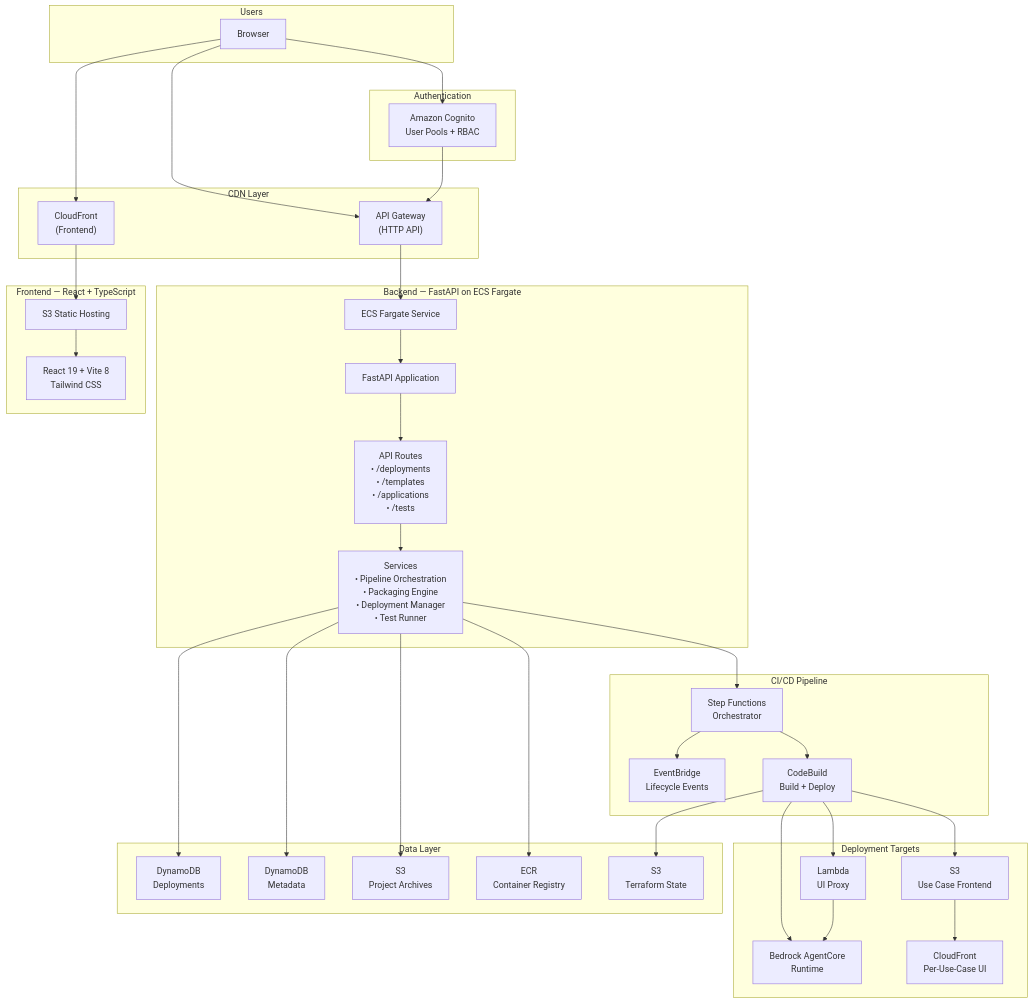
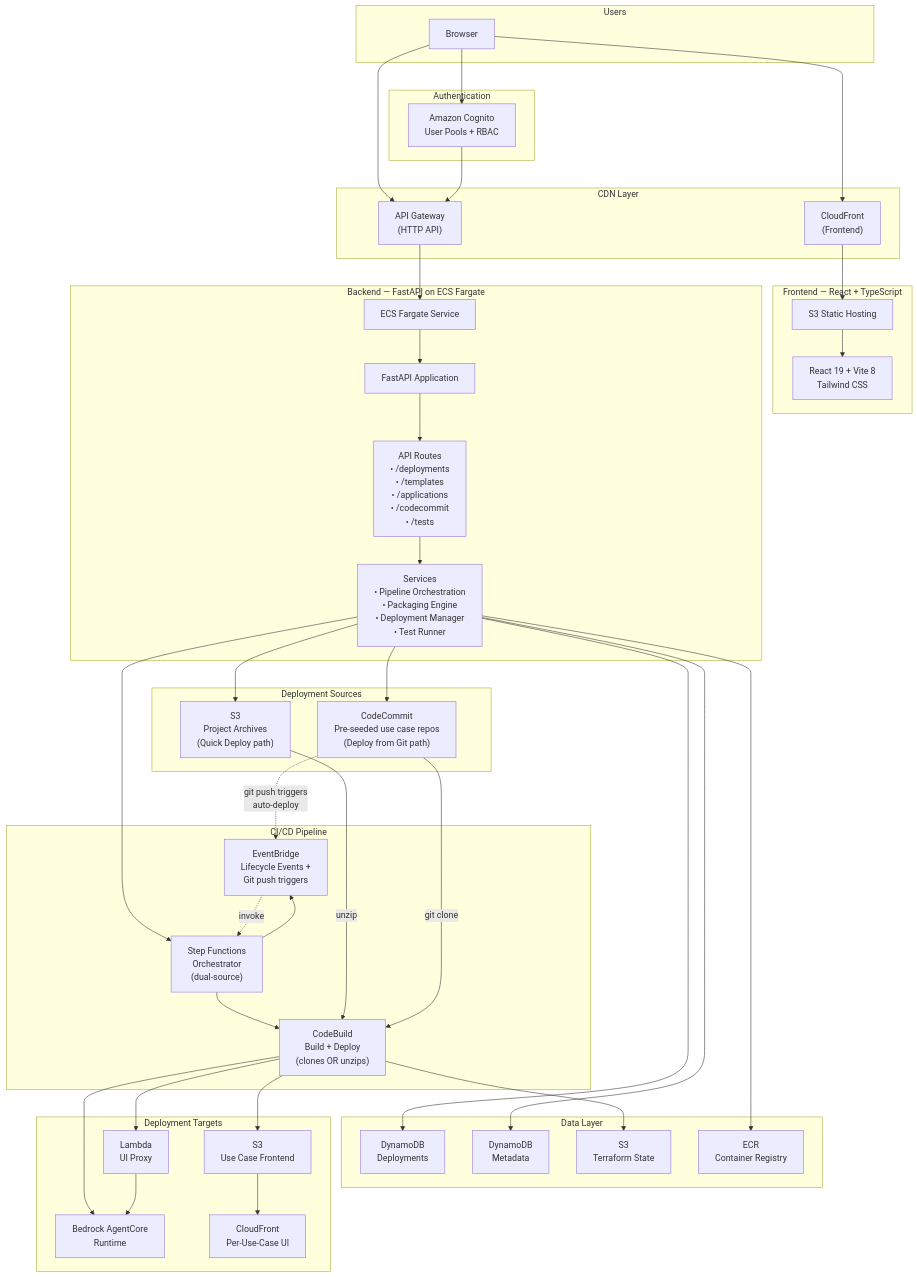
Before and after one commit to cevoaustralia/sample-agentic-value-accelerator: the first of 5 diagrams in platform/docs/architecture/platform-architecture.md, drawn with Mermaid. The commit also changed other lines of this file and 12 other files, not shown here.

First line of the commit message:
docs: v2.0 READMEs, architecture docs, and project-wide gitignore

```diff
--- a/platform/docs/architecture/platform-architecture.md
+++ b/platform/docs/architecture/platform-architecture.md
@@ -27,22 +27,26 @@
     subgraph Backend["Backend — FastAPI on ECS Fargate"]
         ECS["ECS Fargate Service"]
         API["FastAPI Application"]
-        Routes["API Routes<br/>• /deployments<br/>• /templates<br/>• /applications<br/>• /tests"]
+        Routes["API Routes<br/>• /deployments<br/>• /templates<br/>• /applications<br/>• /codecommit<br/>• /tests"]
         Services["Services<br/>• Pipeline Orchestration<br/>• Packaging Engine<br/>• Deployment Manager<br/>• Test Runner"]
+    end
+
+    subgraph Sources["Deployment Sources"]
+        S3_Archives["S3<br/>Project Archives<br/>(Quick Deploy path)"]
+        CC["CodeCommit<br/>Pre-seeded use case repos<br/>(Deploy from Git path)"]
     end
 
     subgraph Storage["Data Layer"]
         DDB_Deploy["DynamoDB<br/>Deployments"]
         DDB_Meta["DynamoDB<br/>Metadata"]
-        S3_Archives["S3<br/>Project Archives"]
         S3_State["S3<br/>Terraform State"]
         ECR["ECR<br/>Container Registry"]
     end
 
     subgraph Pipeline["CI/CD Pipeline"]
-        SF["Step Functions<br/>Orchestrator"]
-        EB["EventBridge<br/>Lifecycle Events"]
-        CB["CodeBuild<br/>Build + Deploy"]
+        SF["Step Functions<br/>Orchestrator<br/>(dual-source)"]
+        EB["EventBridge<br/>Lifecycle Events +<br/>Git push triggers"]
+        CB["CodeBuild<br/>Build + Deploy<br/>(clones OR unzips)"]
     end
 
     subgraph Targets["Deployment Targets"]
@@ -67,11 +71,18 @@
     Services --> DDB_Deploy
     Services --> DDB_Meta
     Services --> S3_Archives
+    Services --> CC
     Services --> ECR
     Services --> SF
 
     SF --> EB
     SF --> CB
+
+    CC -.->|"git push triggers<br/>auto-deploy"| EB
+    EB -.->|"invoke"| SF
+
+    S3_Archives -->|"unzip"| CB
+    CC -->|"git clone"| CB
 
     CB --> S3_State
     CB --> AgentCore
```
